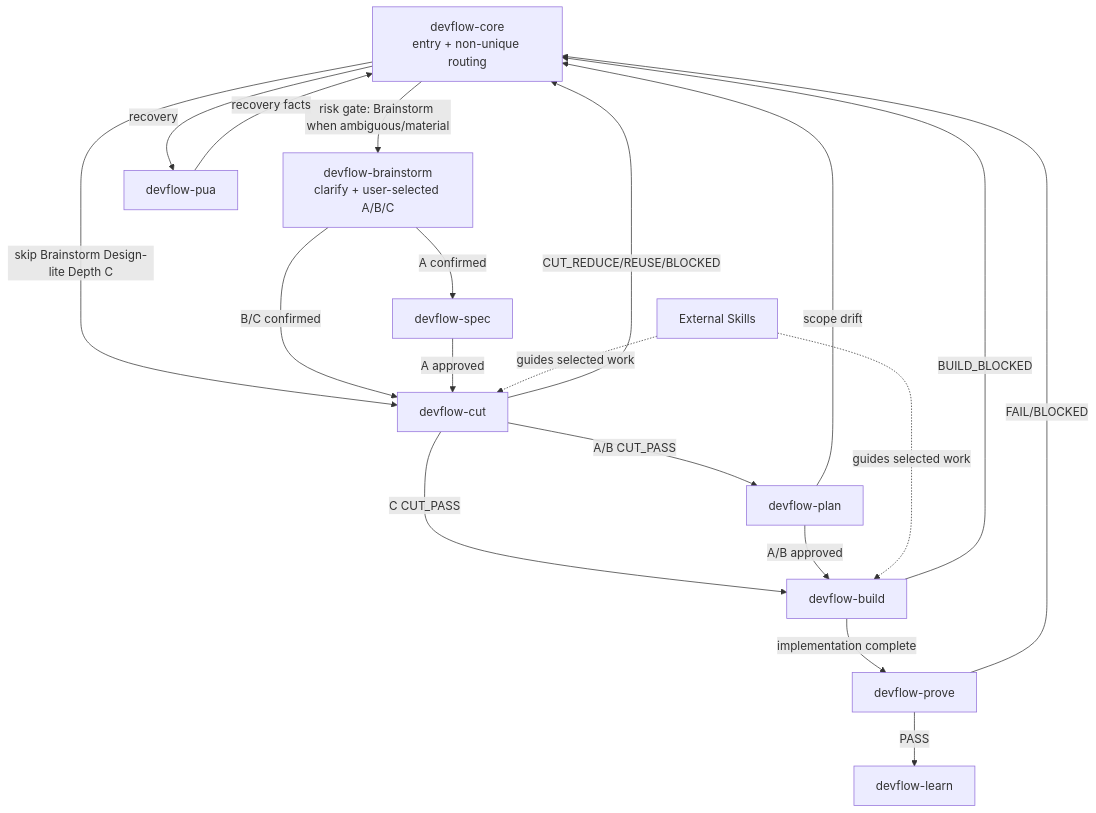
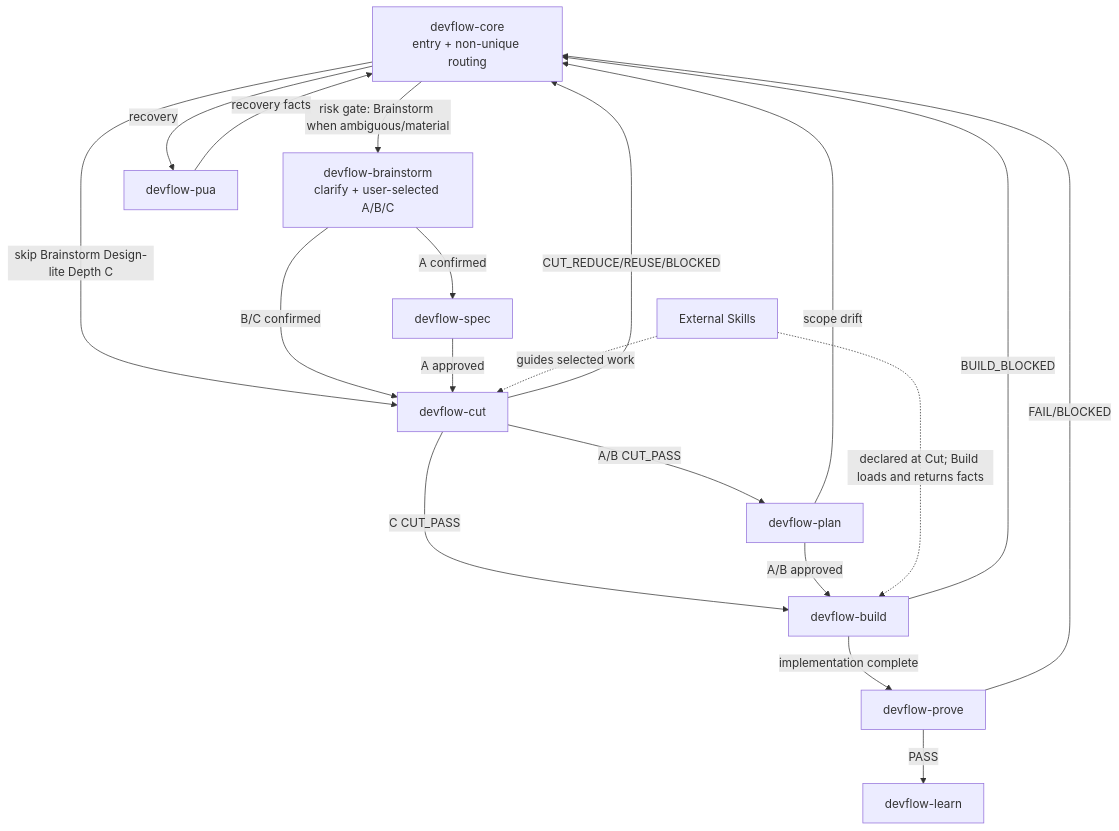
Before and after one commit to huangwen-changdu/DevFlow-Core: the diagram in skills/skill-call-diagram.md, drawn with Mermaid. The commit also changed other lines of this file and 63 other files, not shown here.

````diff
--- a/skills/skill-call-diagram.md
+++ b/skills/skill-call-diagram.md
@@ -3,33 +3,33 @@
 ```mermaid
 graph TD
     CORE["devflow-core<br/>entry + non-unique routing"]
     BRAIN["devflow-brainstorm<br/>clarify + user-selected A/B/C"]
     SPEC["devflow-spec"]
     CUT["devflow-cut"]
     PLAN["devflow-plan"]
     BUILD["devflow-build"]
     PROVE["devflow-prove"]
     PUA["devflow-pua"]
     LEARN["devflow-learn"]
     EXT["External Skills"]
 
     CORE -->|"risk gate: Brainstorm when ambiguous/material"| BRAIN
     CORE -->|"skip Brainstorm Design-lite Depth C"| CUT
     BRAIN -->|"A confirmed"| SPEC
     BRAIN -->|"B/C confirmed"| CUT
     SPEC -->|"A approved"| CUT
     CUT -->|"A/B CUT_PASS"| PLAN
     CUT -->|"C CUT_PASS"| BUILD
     PLAN -->|"A/B approved"| BUILD
     BUILD -->|"implementation complete"| PROVE
     PROVE -->|"PASS"| LEARN
 
     CUT -->|"CUT_REDUCE/REUSE/BLOCKED"| CORE
     PLAN -->|"scope drift"| CORE
     BUILD -->|"BUILD_BLOCKED"| CORE
     PROVE -->|"FAIL/BLOCKED"| CORE
     PUA -->|"recovery facts"| CORE
     CORE -->|"recovery"| PUA
     EXT -.->|"guides selected work"| CUT
-    EXT -.->|"guides selected work"| BUILD
+    EXT -.->|"declared at Cut; Build loads and returns facts"| BUILD
 ```
````
